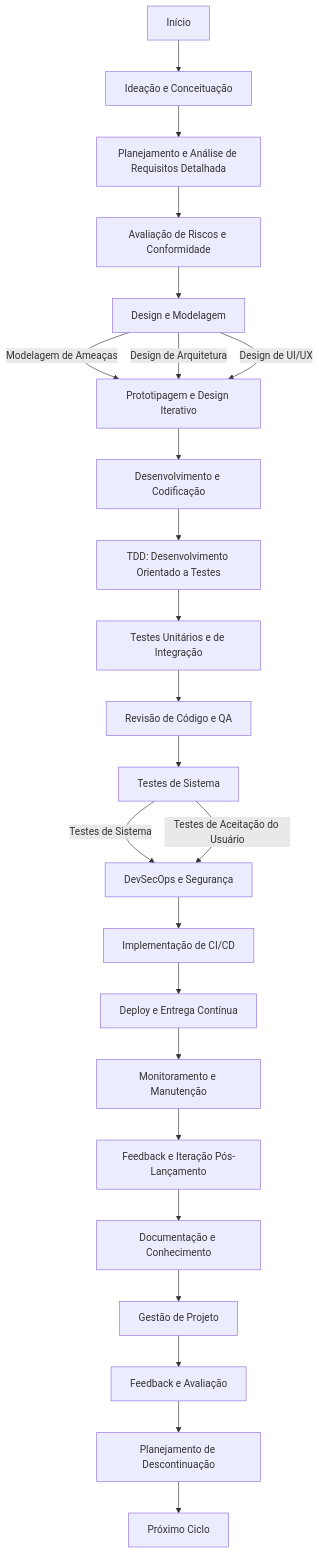
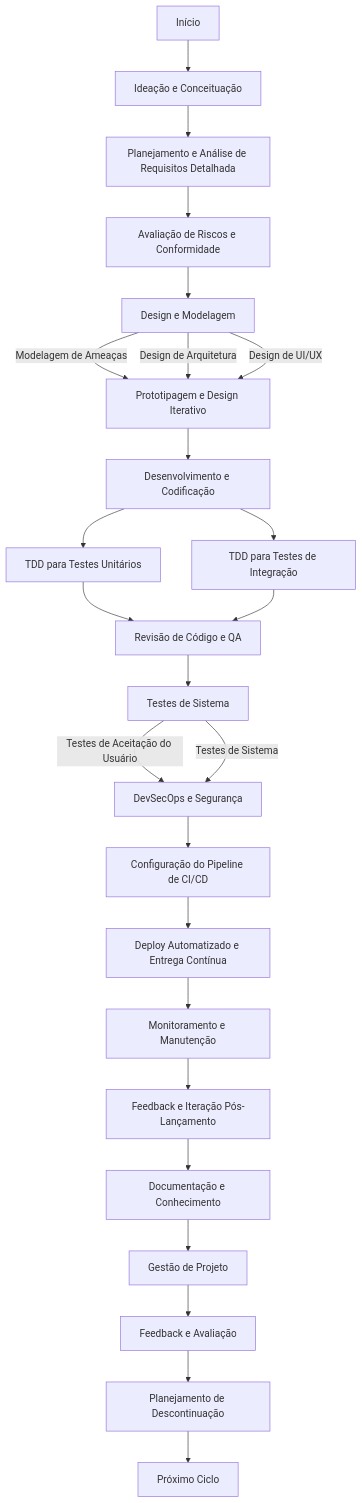
The diagram in documentations/fluxo-desenvolvimento.mermaid (lilithmorgan/development-pattern), drawn with Mermaid before and after one commit.

Commit message:
deixando os steps mais claros

```diff
--- a/documentations/fluxo-desenvolvimento.mermaid
+++ b/documentations/fluxo-desenvolvimento.mermaid
@@ -1,25 +1,26 @@
 graph TD
     A[Início]
     A --> B[Ideação e Conceituação]
     B --> C[Planejamento e Análise de Requisitos Detalhada]
     C --> D[Avaliação de Riscos e Conformidade]
     D --> E[Design e Modelagem]
     E --> |Modelagem de Ameaças| F[Prototipagem e Design Iterativo]
     E --> |Design de Arquitetura| F
     E --> |Design de UI/UX| F
     F --> G[Desenvolvimento e Codificação]
-    G --> H[TDD: Desenvolvimento Orientado a Testes]
-    H --> I[Testes Unitários e de Integração]
-    I --> J[Revisão de Código e QA]
-    J --> K[Testes de Sistema]
-    K --> |Testes de Sistema| L[DevSecOps e Segurança]
-    K --> |Testes de Aceitação do Usuário| L
-    L --> M[Implementação de CI/CD]
-    M --> N[Deploy e Entrega Contínua]
-    N --> O[Monitoramento e Manutenção]
-    O --> P[Feedback e Iteração Pós-Lançamento]
-    P --> Q[Documentação e Conhecimento]
-    Q --> R[Gestão de Projeto]
-    R --> S[Feedback e Avaliação]
-    S --> T[Planejamento de Descontinuação]
-    T --> U[Próximo Ciclo]
+    G --> H1[TDD para Testes Unitários]
+    G --> H2[TDD para Testes de Integração]
+    H1 --> I[Revisão de Código e QA]
+    H2 --> I
+    I --> J[Testes de Sistema]
+    J --> |Testes de Aceitação do Usuário| K[DevSecOps e Segurança]
+    J --> |Testes de Sistema| K
+    K --> L[Configuração do Pipeline de CI/CD]
+    L --> M[Deploy Automatizado e Entrega Contínua]
+    M --> N[Monitoramento e Manutenção]
+    N --> O[Feedback e Iteração Pós-Lançamento]
+    O --> P[Documentação e Conhecimento]
+    P --> Q[Gestão de Projeto]
+    Q --> R[Feedback e Avaliação]
+    R --> S[Planejamento de Descontinuação]
+    S --> T[Próximo Ciclo]
```
